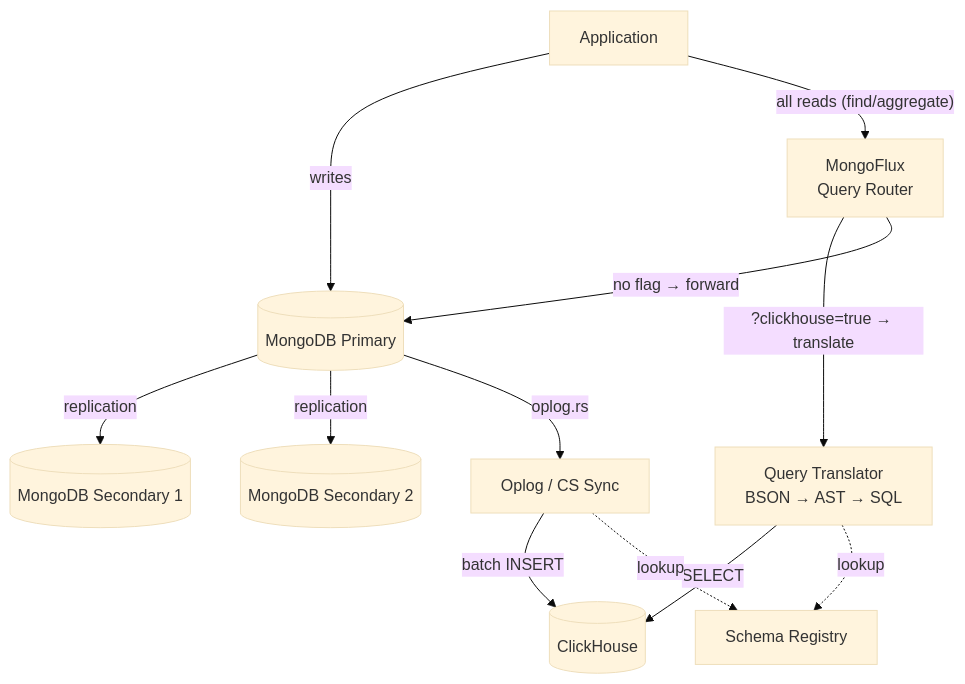
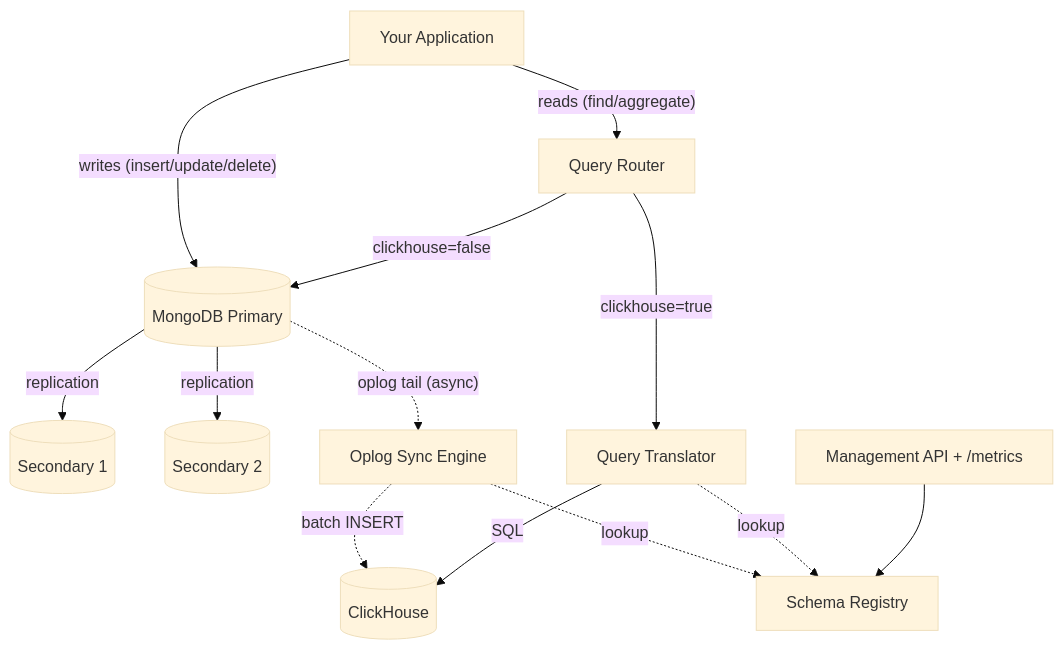
One commit to mrityunjaysharma/mongo-flux changed the first of 8 diagrams in docs/design.md. Above: the diagram before and after it, drawn with Mermaid (base theme). The commit also changed other lines of this file and 3 other files, not shown here.

````diff
--- a/docs/design.md
+++ b/docs/design.md
@@ -17,14 +32,18 @@
 ```mermaid
 flowchart TD
-    APP[Application] -->|writes| MGP[(MongoDB Primary)]
-    MGP -->|replication| MGS1[(MongoDB Secondary 1)]
-    MGP -->|replication| MGS2[(MongoDB Secondary 2)]
-    APP -->|"all reads (find/aggregate)"| ROUTER[MongoFlux<br/>Query Router]
-    ROUTER -->|"?clickhouse=true → translate"| XLAT[Query Translator<br/>BSON → AST → SQL]
-    XLAT -->|SELECT| CH[(ClickHouse)]
-    ROUTER -->|"no flag → forward"| MGP
-    MGP -->|oplog.rs| SYNC[Oplog / CS Sync]
-    SYNC -->|batch INSERT| CH
+    APP[Your Application]
+    APP -->|"writes (insert/update/delete)"| MGP[(MongoDB Primary)]
+    MGP -->|replication| MGS1[(Secondary 1)]
+    MGP -->|replication| MGS2[(Secondary 2)]
+    MGP -.->|"oplog tail (async)"| SYNC[Oplog Sync Engine]
+    SYNC -.->|"batch INSERT"| CH[(ClickHouse)]
+
+    APP -->|"reads (find/aggregate)"| ROUTER[Query Router]
+    ROUTER -->|"clickhouse=true"| XLAT[Query Translator]
+    XLAT -->|SQL| CH
+    ROUTER -->|"clickhouse=false"| MGP
+
     SYNC -.->|lookup| REG[Schema Registry]
     XLAT -.->|lookup| REG
+    API[Management API + /metrics] --> REG
 ```
````
